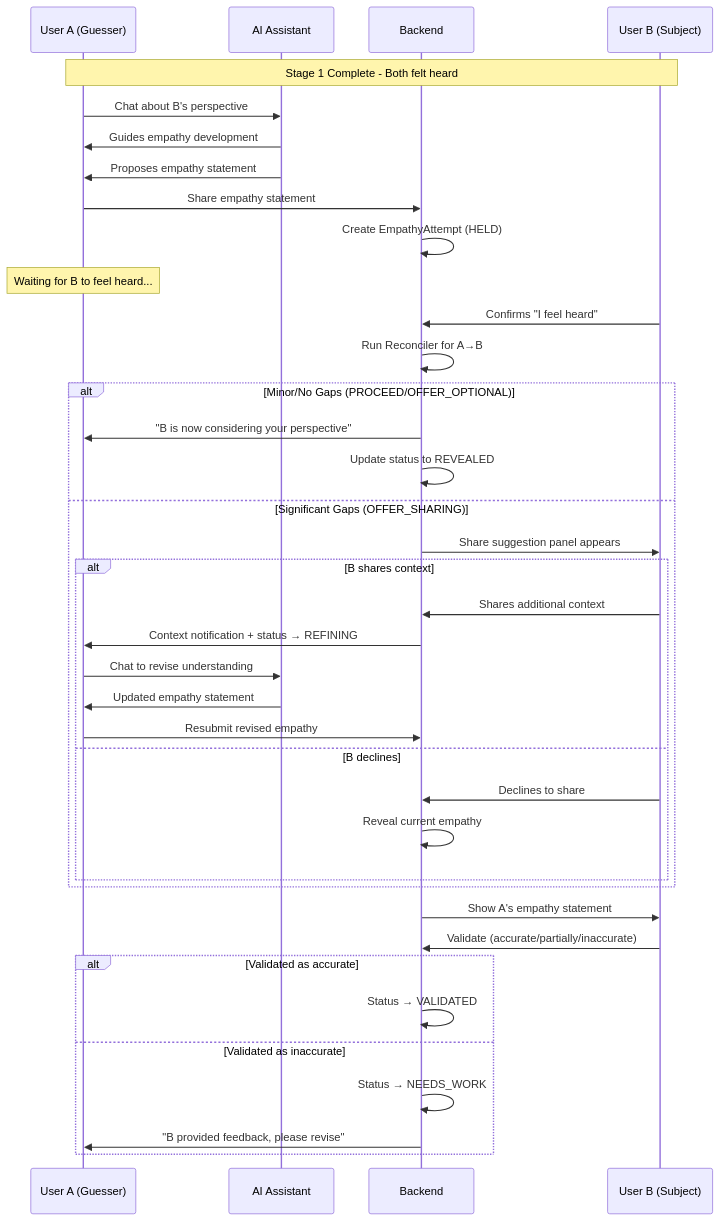
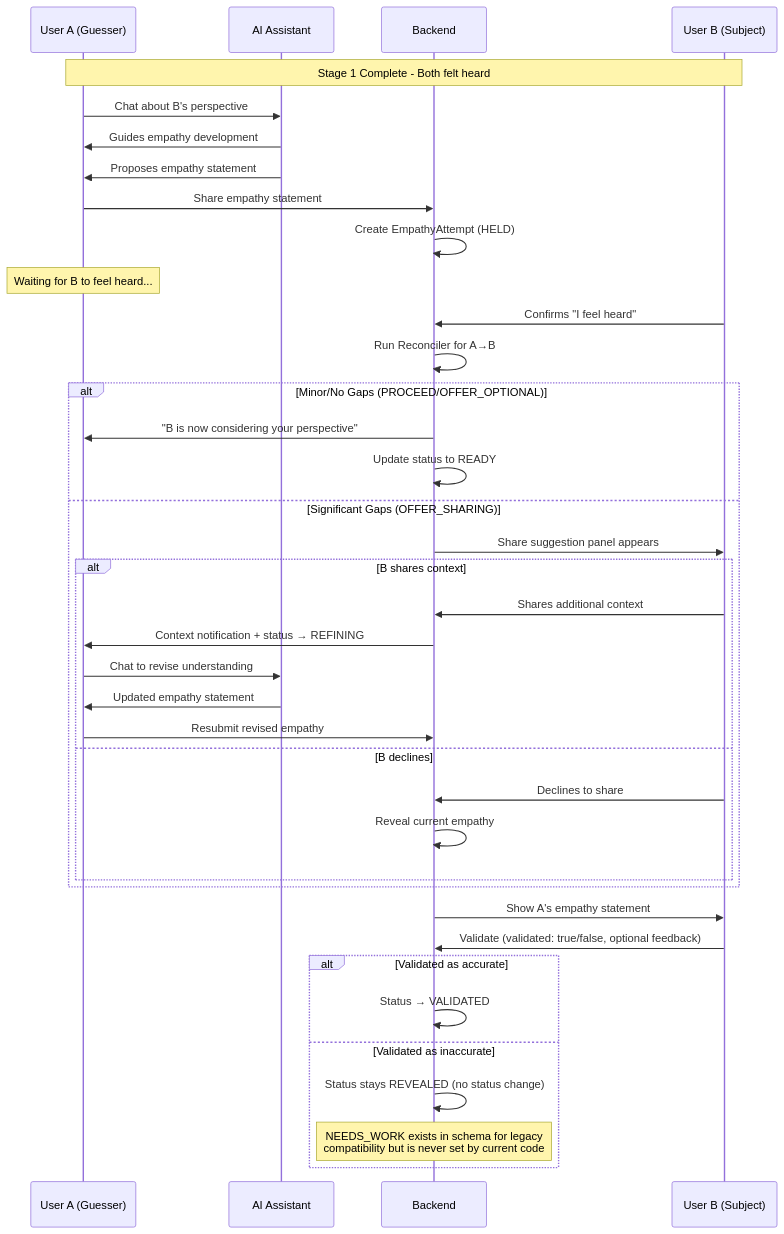
Before and after one commit to shantamg/meet-without-fear: the fifth of 8 diagrams in docs/backend/reconciler-flow.md, drawn with Mermaid. The commit also changed other lines of this file and 15 other files, not shown here.

````diff
--- a/docs/backend/reconciler-flow.md
+++ b/docs/backend/reconciler-flow.md
@@ -170,48 +175,48 @@
 ```mermaid
 sequenceDiagram
     participant A as User A (Guesser)
     participant AI as AI Assistant
     participant System as Backend
     participant B as User B (Subject)
 
     Note over A,B: Stage 1 Complete - Both felt heard
 
     A->>AI: Chat about B's perspective
     AI->>A: Guides empathy development
     AI->>A: Proposes empathy statement
 
     A->>System: Share empathy statement
     System->>System: Create EmpathyAttempt (HELD)
 
     Note over A: Waiting for B to feel heard...
 
     B->>System: Confirms "I feel heard"
     System->>System: Run Reconciler for A→B
 
     alt Minor/No Gaps (PROCEED/OFFER_OPTIONAL)
         System->>A: "B is now considering your perspective"
-        System->>System: Update status to REVEALED
+        System->>System: Update status to READY
     else Significant Gaps (OFFER_SHARING)
         System->>B: Share suggestion panel appears
         alt B shares context
             B->>System: Shares additional context
             System->>A: Context notification + status → REFINING
             A->>AI: Chat to revise understanding
             AI->>A: Updated empathy statement
             A->>System: Resubmit revised empathy
         else B declines
             B->>System: Declines to share
             System->>System: Reveal current empathy
         end
     end
 
     System->>B: Show A's empathy statement
-    B->>System: Validate (accurate/partially/inaccurate)
+    B->>System: Validate (validated: true/false, optional feedback)
 
     alt Validated as accurate
         System->>System: Status → VALIDATED
     else Validated as inaccurate
-        System->>System: Status → NEEDS_WORK
-        System->>A: "B provided feedback, please revise"
+        System->>System: Status stays REVEALED (no status change)
+        Note over System: NEEDS_WORK exists in schema for legacy<br/>compatibility but is never set by current code
     end
 ```
````
